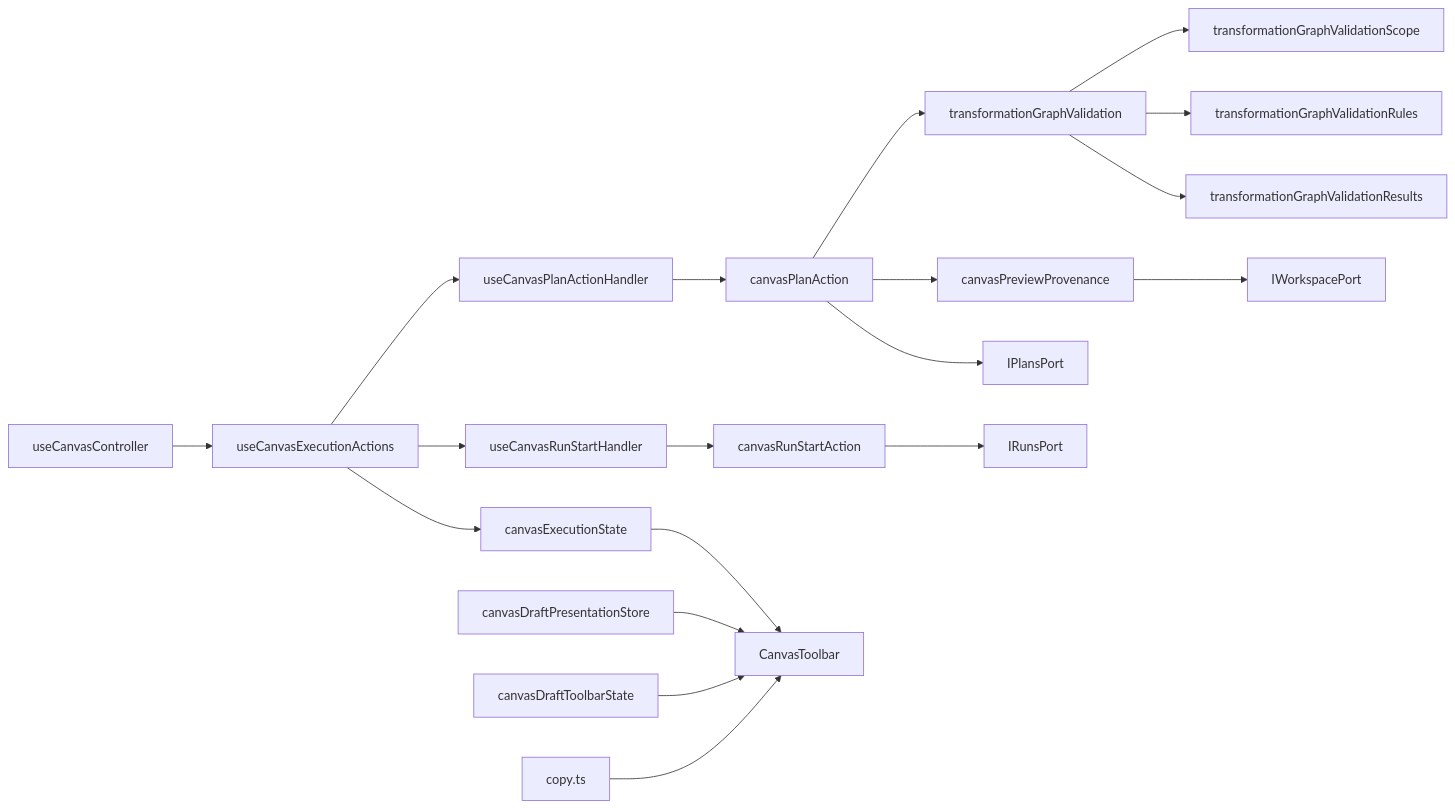
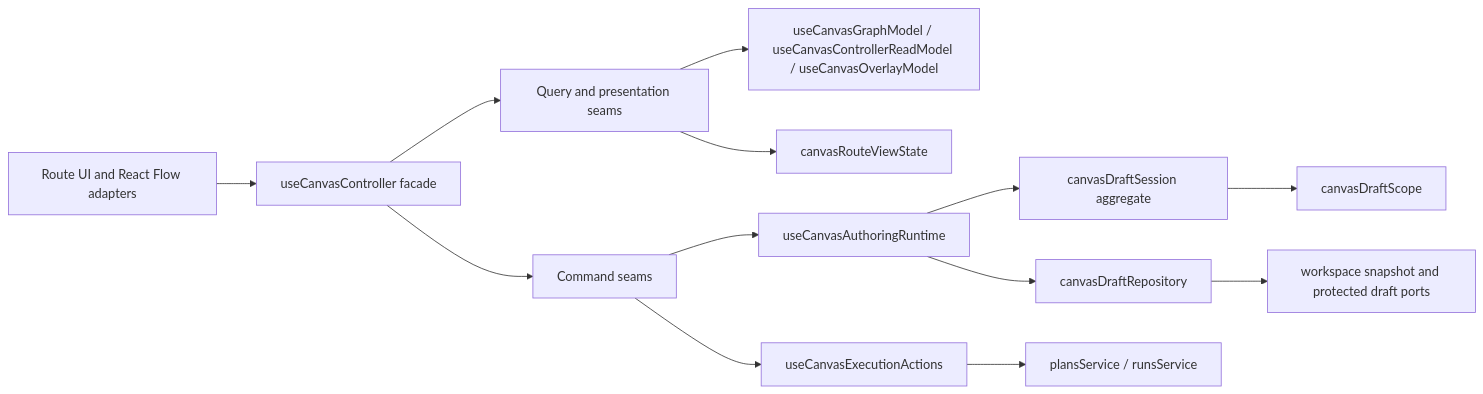
One commit to dunay2/dvt changed the third of 3 diagrams in docs/architecture/components/web/graph/canvas-controller-current-to-target-architecture.md. Above: the diagram before and after it, drawn with Mermaid. The commit also changed other lines of this file and 4 other files, not shown here.

Commit message:
docs(docs): Compact graph architecture pack and fix doc encoding

````diff
--- a/docs/architecture/components/web/graph/canvas-controller-current-to-target-architecture.md
+++ b/docs/architecture/components/web/graph/canvas-controller-current-to-target-architecture.md
@@ -593,21 +159,18 @@
 ```mermaid
 flowchart LR
-  Controller["useCanvasController"] --> Exec["useCanvasExecutionActions"]
-  Exec --> ExecState["canvasExecutionState"]
-  Exec --> PlanHandler["useCanvasPlanActionHandler"]
-  Exec --> RunHandler["useCanvasRunStartHandler"]
-  PlanHandler --> PlanAction["canvasPlanAction"]
-  RunHandler --> RunAction["canvasRunStartAction"]
-  PlanAction --> Validation["transformationGraphValidation"]
-  Validation --> ValidationScope["transformationGraphValidationScope"]
-  Validation --> ValidationRules["transformationGraphValidationRules"]
-  Validation --> ValidationResults["transformationGraphValidationResults"]
-  PlanAction --> Provenance["canvasPreviewProvenance"]
-  Provenance --> Workspace["IWorkspacePort"]
-  PlanAction --> Plans["IPlansPort"]
-  RunAction --> Runs["IRunsPort"]
-  ExecState --> Toolbar["CanvasToolbar"]
-  DraftStore["canvasDraftPresentationStore"] --> Toolbar
-  DraftToolbar["canvasDraftToolbarState"] --> Toolbar
-  Copy["copy.ts"] --> Toolbar
+  UI["Route UI and React Flow adapters"] --> Controller["useCanvasController facade"]
+  Controller --> Query["Query and presentation seams"]
+  Controller --> Commands["Command seams"]
+
+  Query --> Projection["useCanvasGraphModel / useCanvasControllerReadModel / useCanvasOverlayModel"]
+  Query --> RouteState["canvasRouteViewState"]
+
+  Commands --> Runtime["useCanvasAuthoringRuntime"]
+  Commands --> Execution["useCanvasExecutionActions"]
+
+  Runtime --> Session["canvasDraftSession aggregate"]
+  Runtime --> Repository["canvasDraftRepository"]
+  Session --> Scope["canvasDraftScope"]
+  Execution --> Ports["plansService / runsService"]
+  Repository --> Workspace["workspace snapshot and protected draft ports"]
 ```
````
